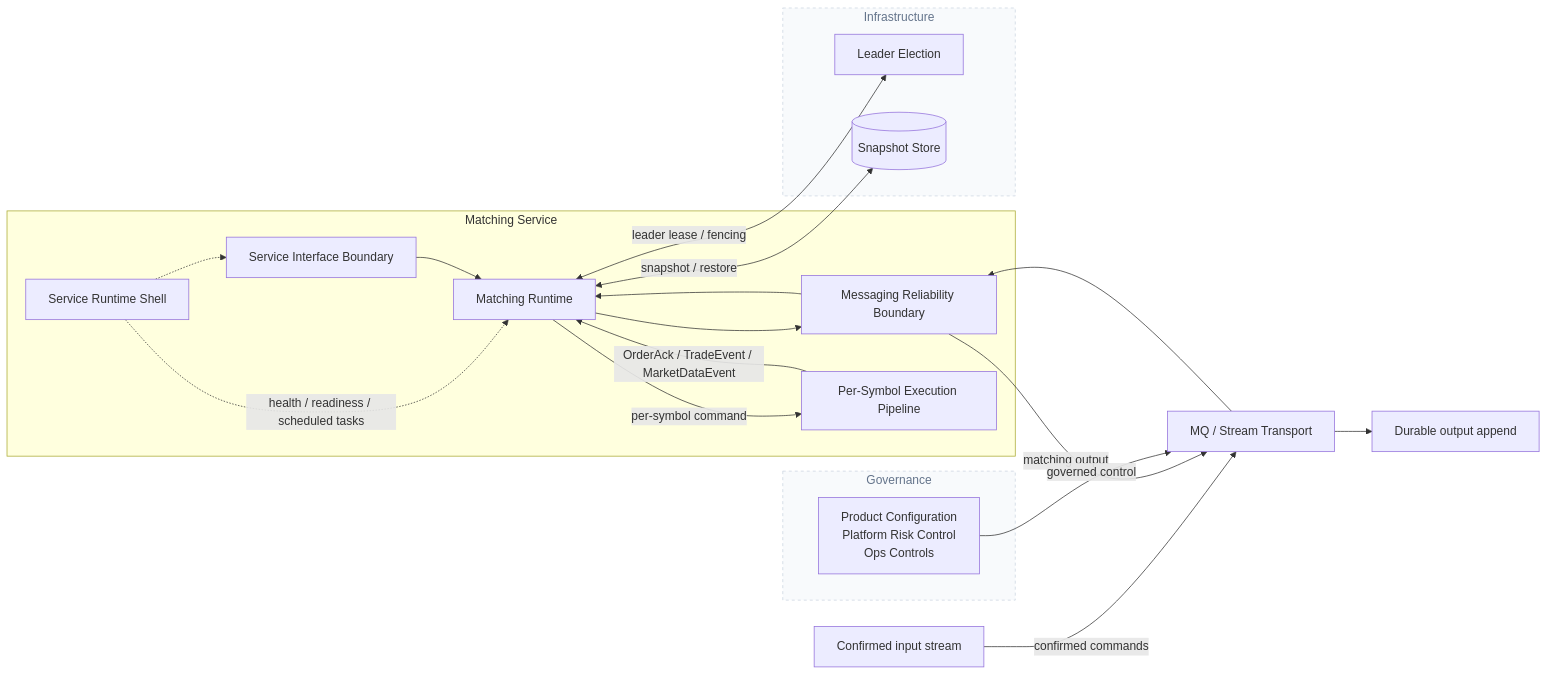
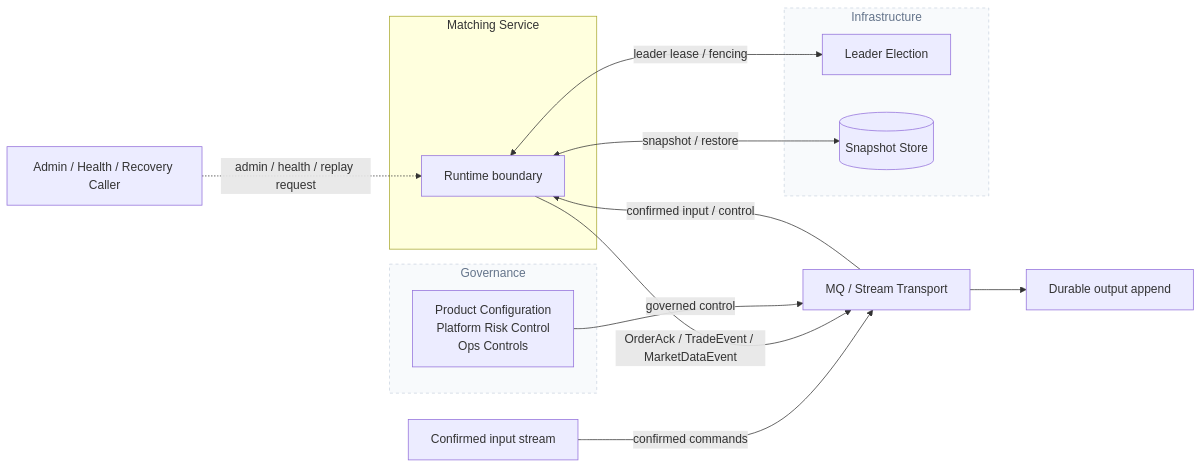
Before and after one commit to novax-exchange/matching-core: the first of 2 diagrams in README.md, drawn with Mermaid. The commit also changed other lines of this file and 5 other files, not shown here.

````diff
--- a/README.md
+++ b/README.md
@@ -26,40 +26,33 @@
 ```mermaid
 flowchart LR
     subgraph MatchingGroup["Matching Service"]
-        RuntimeShell["Service Runtime Shell"]
-        Interface["Service Interface Boundary"]
-        StreamBoundary["Messaging Reliability Boundary"]
-        MatchingRuntime["Matching Runtime"]
-        Execution["Per-Symbol Execution Pipeline"]
+        RuntimeBoundary["Runtime boundary"]
     end
 
     Transport["MQ / Stream Transport"]
 
     Input["Confirmed input stream"]
     Output["Durable output append"]
+    AdminCaller["Admin / Health / Recovery Caller"]
 
     subgraph GovernanceZone["Governance"]
         Governance["Product Configuration\nPlatform Risk Control\nOps Controls"]
     end
 
     subgraph InfraZone["Infrastructure"]
         Coordination["Leader Election"]
         SnapshotStore[("Snapshot Store")]
     end
 
     Input -->|"confirmed commands"| Transport
-    Transport --> StreamBoundary --> MatchingRuntime
-    MatchingRuntime -->|"per-symbol command"| Execution
-    Execution -->|"OrderAck / TradeEvent / MarketDataEvent"| MatchingRuntime
-    MatchingRuntime --> StreamBoundary -->|"matching output"| Transport
+    Transport -->|"confirmed input / control"| RuntimeBoundary
+    RuntimeBoundary -->|"OrderAck / TradeEvent / MarketDataEvent"| Transport
     Transport --> Output
     Governance -->|"governed control"| Transport
-    RuntimeShell -.->|"health / readiness / scheduled tasks"| MatchingRuntime
-    RuntimeShell -.-> Interface
-    Interface --> MatchingRuntime
-    MatchingRuntime <-->|"snapshot / restore"| SnapshotStore
-    MatchingRuntime <-->|"leader lease / fencing"| Coordination
+    AdminCaller -.->|"admin / health / replay request"| RuntimeBoundary
+    RuntimeBoundary <-->|"snapshot / restore"| SnapshotStore
+    RuntimeBoundary <-->|"leader lease / fencing"| Coordination
 
     style GovernanceZone fill:#f8fafc,stroke:#cbd5e1,stroke-dasharray: 4 4,color:#64748b;
     style InfraZone fill:#f8fafc,stroke:#cbd5e1,stroke-dasharray: 4 4,color:#64748b;
 ```
````
